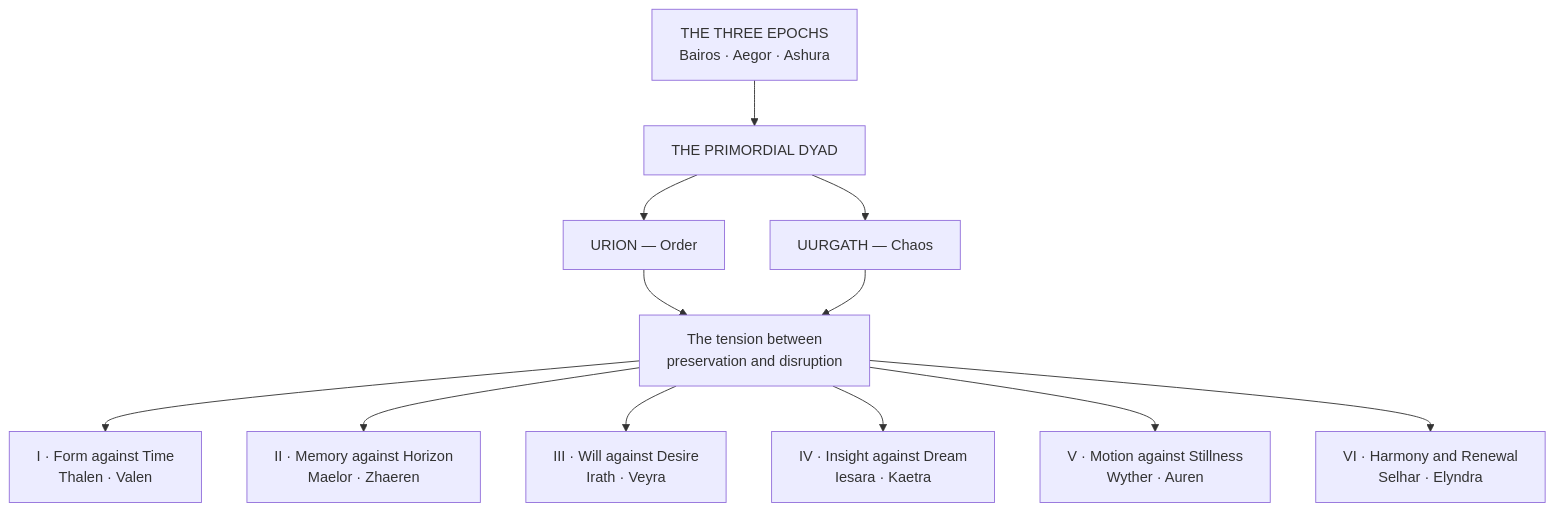
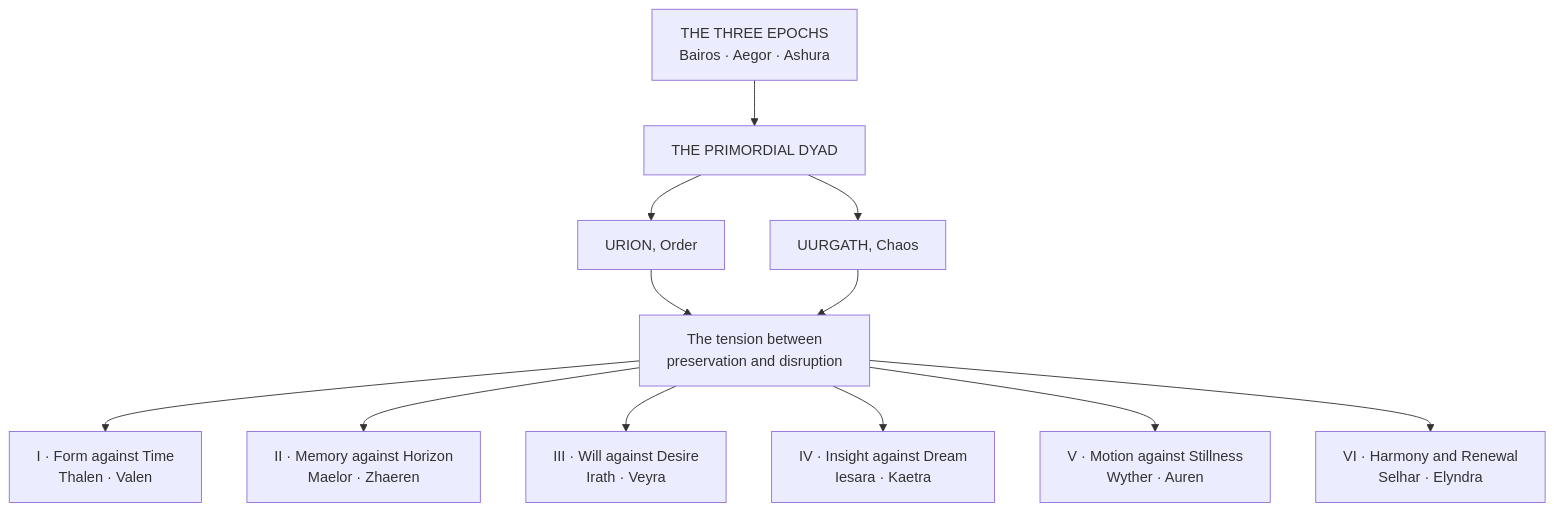
One commit to vispotvision/wotr-rule-index changed the first of 3 diagrams in wiki/Cosmology & Metaphysics/Faith and the Powers Above/The Fourteen Archons/The Fourteen Archons.md. Above: the diagram before and after it, drawn with Mermaid. The commit also changed other lines of this file and 160 other files, not shown here.

````diff
--- a/wiki/Cosmology & Metaphysics/Faith and the Powers Above/The Fourteen Archons/The Fourteen Archons.md
+++ b/wiki/Cosmology & Metaphysics/Faith and the Powers Above/The Fourteen Archons/The Fourteen Archons.md
@@ -25,15 +32,15 @@
 ```mermaid
 flowchart TD
     E["THE THREE EPOCHS<br>Bairos · Aegor · Ashura"]
     E --> D["THE PRIMORDIAL DYAD"]
-    D --> U["URION — Order"]
-    D --> G["UURGATH — Chaos"]
+    D --> U["URION, Order"]
+    D --> G["UURGATH, Chaos"]
     U --> T["The tension between<br>preservation and disruption"]
     G --> T
     T --> P1["I · Form against Time<br>Thalen · Valen"]
     T --> P2["II · Memory against Horizon<br>Maelor · Zhaeren"]
     T --> P3["III · Will against Desire<br>Irath · Veyra"]
     T --> P4["IV · Insight against Dream<br>Iesara · Kaetra"]
     T --> P5["V · Motion against Stillness<br>Wyther · Auren"]
     T --> P6["VI · Harmony and Renewal<br>Selhar · Elyndra"]
 ```
````
